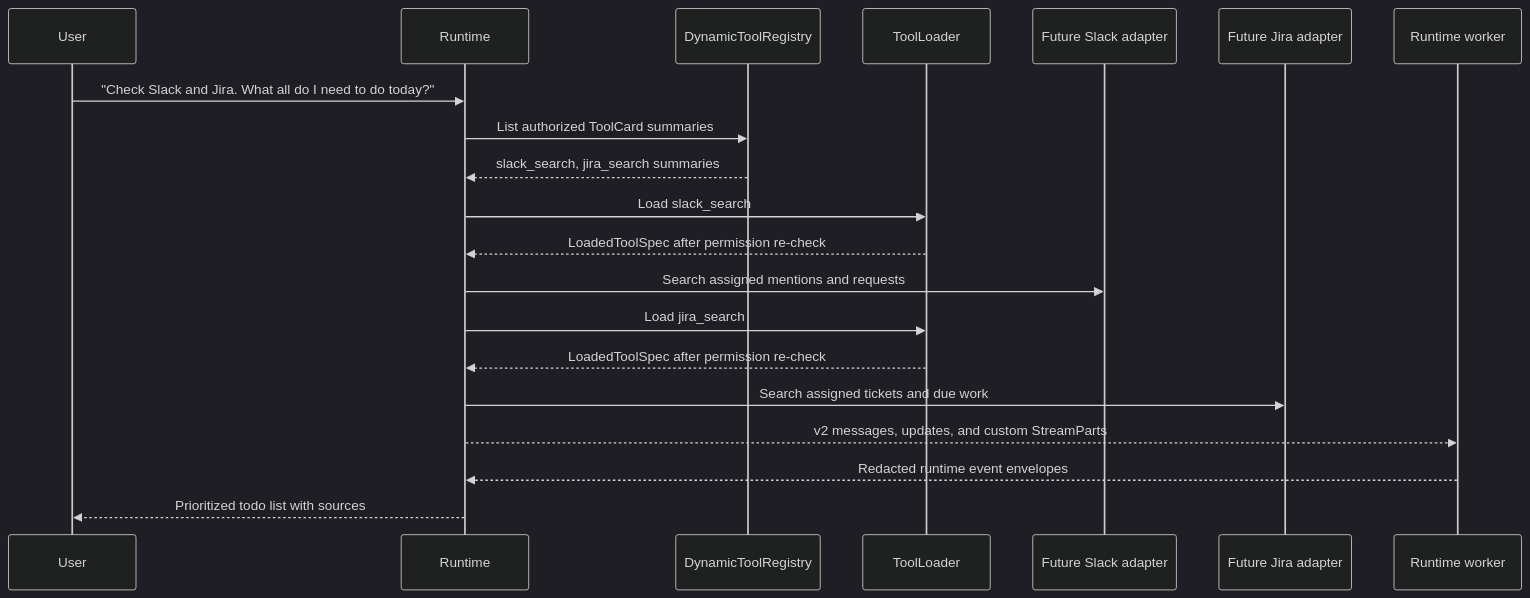
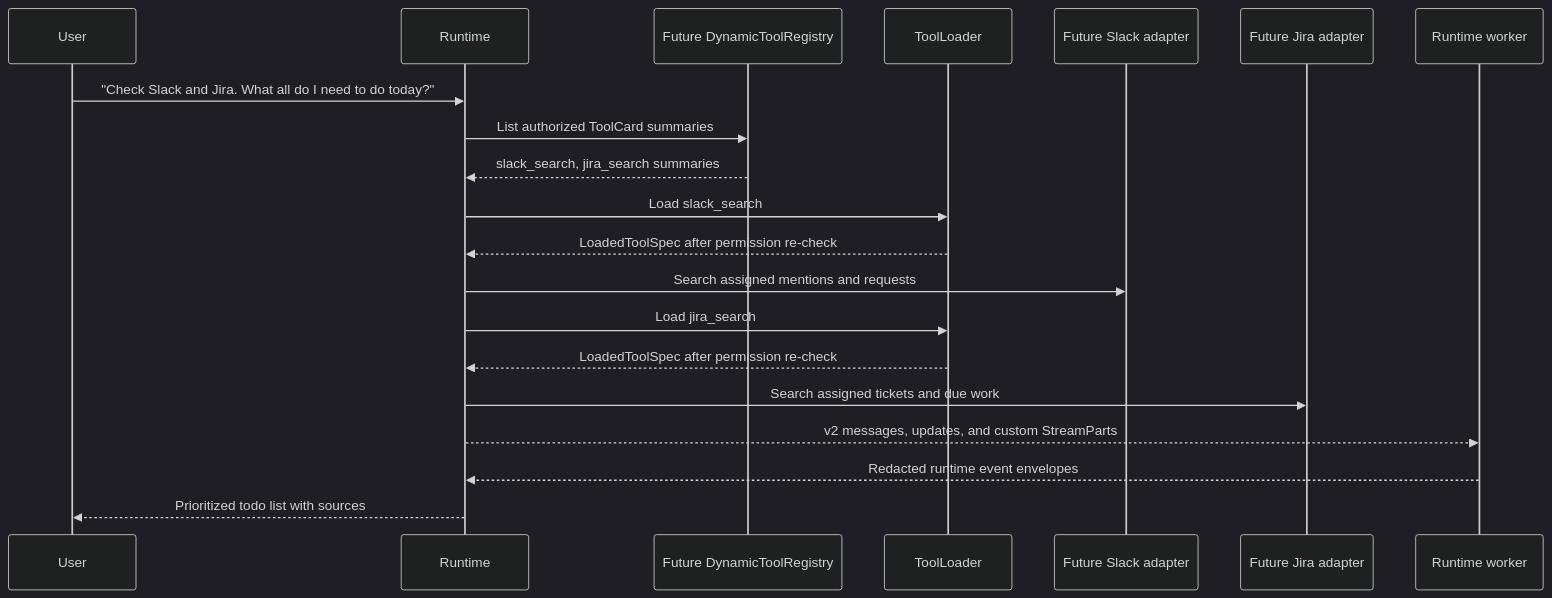
The fourth of 8 diagrams in services/ai-backend/docs/architecture/data-flow.md (0x-copilot-dev/0x-copilot), drawn with Mermaid (dark theme) before and after one commit. The commit also changed other lines of this file and 54 other files, not shown here.

First line of the commit message:
Clean up runtime architecture smells

````diff
--- a/services/ai-backend/docs/architecture/data-flow.md
+++ b/services/ai-backend/docs/architecture/data-flow.md
@@ -145,23 +149,23 @@
 ```mermaid
 sequenceDiagram
   participant User
   participant Runtime
-  participant Tools as DynamicToolRegistry
+  participant Tools as Future DynamicToolRegistry
   participant Loader as ToolLoader
   participant Slack as Future Slack adapter
   participant Jira as Future Jira adapter
   participant Worker as Runtime worker
 
   User->>Runtime: "Check Slack and Jira. What all do I need to do today?"
   Runtime->>Tools: List authorized ToolCard summaries
   Tools-->>Runtime: slack_search, jira_search summaries
   Runtime->>Loader: Load slack_search
   Loader-->>Runtime: LoadedToolSpec after permission re-check
   Runtime->>Slack: Search assigned mentions and requests
   Runtime->>Loader: Load jira_search
   Loader-->>Runtime: LoadedToolSpec after permission re-check
   Runtime->>Jira: Search assigned tickets and due work
   Runtime-->>Worker: v2 messages, updates, and custom StreamParts
   Worker-->>Runtime: Redacted runtime event envelopes
   Runtime-->>User: Prioritized todo list with sources
 ```
````
